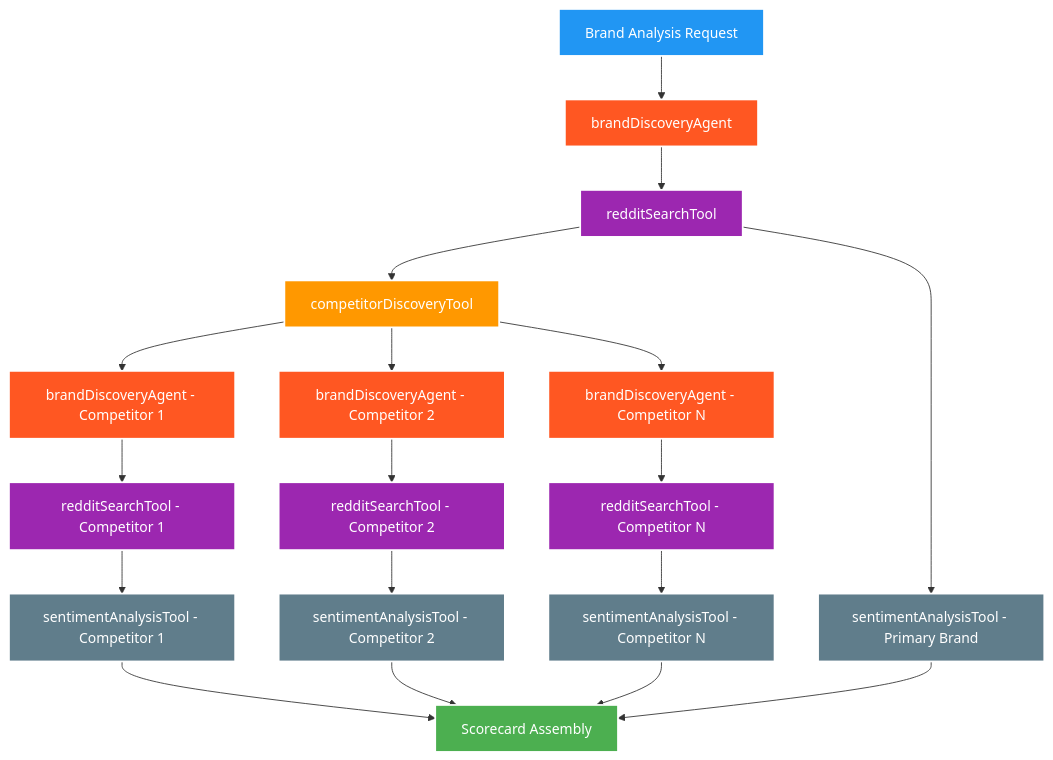
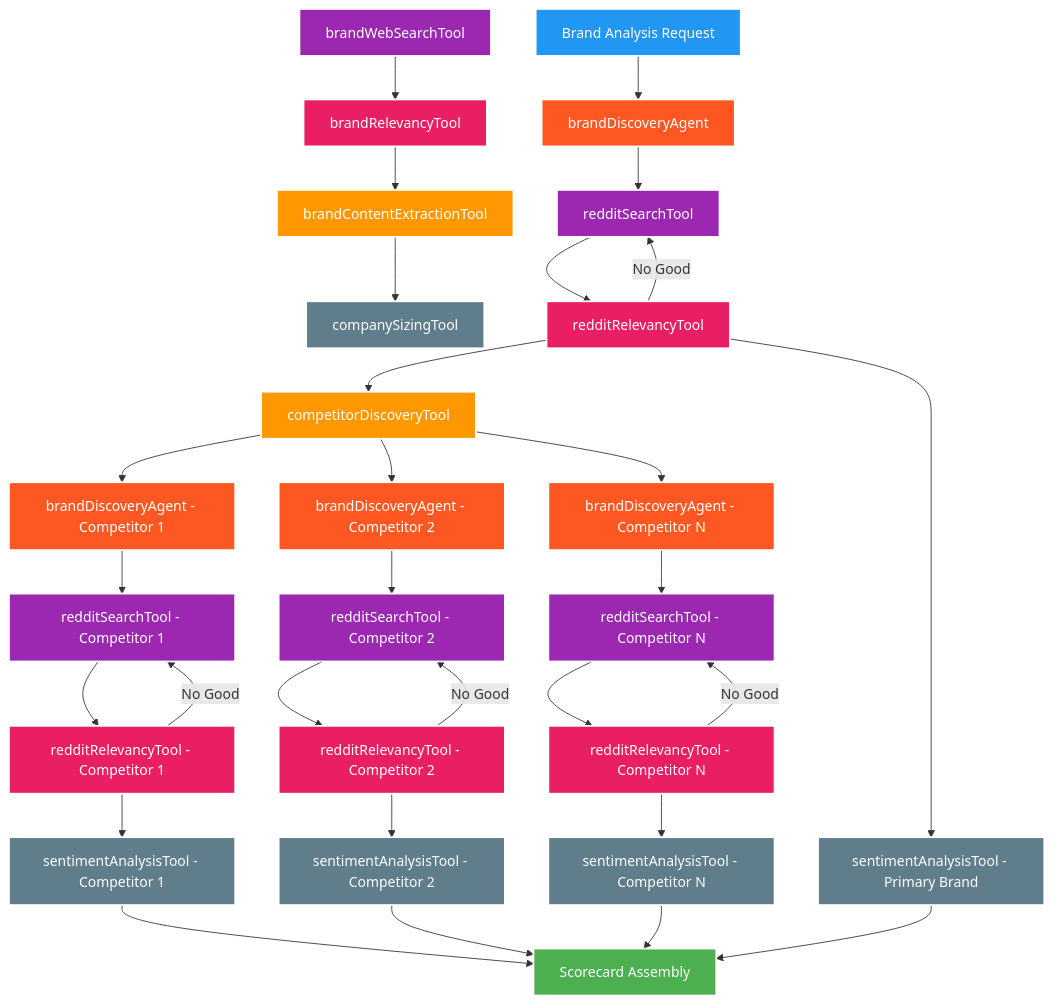
The diagram in deep-research/README.md (landiinii/justbuild-hackathon-reddit-scorecard), drawn with Mermaid before and after one commit. The commit also changed other lines of this file, not shown here.

````diff
--- a/deep-research/README.md
+++ b/deep-research/README.md
@@ -67,41 +67,70 @@
 ```mermaid
 graph TD
+    %% Main Flow
+    BWST1[brandWebSearchTool]
+    BWST1 --> BRT1[brandRelevancyTool]
+    BRT1 --> BCET1[brandContentExtractionTool]
+    BCET1 --> CST1[companySizingTool]
+    
     START[Brand Analysis Request] --> BDA1[brandDiscoveryAgent]
     BDA1 --> RST1[redditSearchTool]
-    RST1 --> CDT[competitorDiscoveryTool]
+    RST1 --> RRT1[redditRelevancyTool]
+    RRT1 --> CDT[competitorDiscoveryTool]
+    RRT1 -->|No Good| RST1
     
     CDT --> BDA2[brandDiscoveryAgent - Competitor 1]
     CDT --> BDA3[brandDiscoveryAgent - Competitor 2]
     CDT --> BDA4[brandDiscoveryAgent - Competitor N]
     
     BDA2 --> RST2[redditSearchTool - Competitor 1]
     BDA3 --> RST3[redditSearchTool - Competitor 2]
     BDA4 --> RST4[redditSearchTool - Competitor N]
     
-    RST2 --> SAT1[sentimentAnalysisTool - Competitor 1]
-    RST3 --> SAT2[sentimentAnalysisTool - Competitor 2]
-    RST4 --> SAT3[sentimentAnalysisTool - Competitor N]
+    RST2 --> RRT2[redditRelevancyTool - Competitor 1]
+    RST3 --> RRT3[redditRelevancyTool - Competitor 2]
+    RST4 --> RRT4[redditRelevancyTool - Competitor N]
+
+    RRT2 -->|No Good| RST2
+    RRT3 -->|No Good| RST3
+    RRT4 -->|No Good| RST4
     
-    RST1 --> SAT_PRIMARY[sentimentAnalysisTool - Primary Brand]
+    RRT2 --> SAT1[sentimentAnalysisTool - Competitor 1]
+    RRT3 --> SAT2[sentimentAnalysisTool - Competitor 2]
+    RRT4 --> SAT3[sentimentAnalysisTool - Competitor N]
+    
+    RRT1 --> SAT_PRIMARY[sentimentAnalysisTool - Primary Brand]
     
     SAT1 --> SCORECARD[Scorecard Assembly]
     SAT2 --> SCORECARD
     SAT3 --> SCORECARD
     SAT_PRIMARY --> SCORECARD
     
+    %% Main Flow Styling
     style START fill:#2196F3,stroke:#fff,stroke-width:2px,color:#fff
     style SCORECARD fill:#4CAF50,stroke:#fff,stroke-width:2px,color:#fff
     style BDA1 fill:#FF5722,stroke:#fff,stroke-width:2px,color:#fff
     style BDA2 fill:#FF5722,stroke:#fff,stroke-width:2px,color:#fff
     style BDA3 fill:#FF5722,stroke:#fff,stroke-width:2px,color:#fff
     style BDA4 fill:#FF5722,stroke:#fff,stroke-width:2px,color:#fff
+    
+    %% Primary Brand Discovery Tools Styling
+    style BWST1 fill:#9C27B0,stroke:#fff,stroke-width:2px,color:#fff
+    style BRT1 fill:#E91E63,stroke:#fff,stroke-width:2px,color:#fff
+    style BCET1 fill:#FF9800,stroke:#fff,stroke-width:2px,color:#fff
+    style CST1 fill:#607D8B,stroke:#fff,stroke-width:2px,color:#fff
+    
+    %% Reddit Tools Styling
     style RST1 fill:#9C27B0,stroke:#fff,stroke-width:2px,color:#fff
     style RST2 fill:#9C27B0,stroke:#fff,stroke-width:2px,color:#fff
     style RST3 fill:#9C27B0,stroke:#fff,stroke-width:2px,color:#fff
     style RST4 fill:#9C27B0,stroke:#fff,stroke-width:2px,color:#fff
     style CDT fill:#FF9800,stroke:#fff,stroke-width:2px,color:#fff
     style SAT1 fill:#607D8B,stroke:#fff,stroke-width:2px,color:#fff
     style SAT2 fill:#607D8B,stroke:#fff,stroke-width:2px,color:#fff
     style SAT3 fill:#607D8B,stroke:#fff,stroke-width:2px,color:#fff
     style SAT_PRIMARY fill:#607D8B,stroke:#fff,stroke-width:2px,color:#fff
+    style RRT1 fill:#E91E63,stroke:#fff,stroke-width:2px,color:#fff
+    style RRT2 fill:#E91E63,stroke:#fff,stroke-width:2px,color:#fff
+    style RRT3 fill:#E91E63,stroke:#fff,stroke-width:2px,color:#fff
+    style RRT4 fill:#E91E63,stroke:#fff,stroke-width:2px,color:#fff
 ```
````
